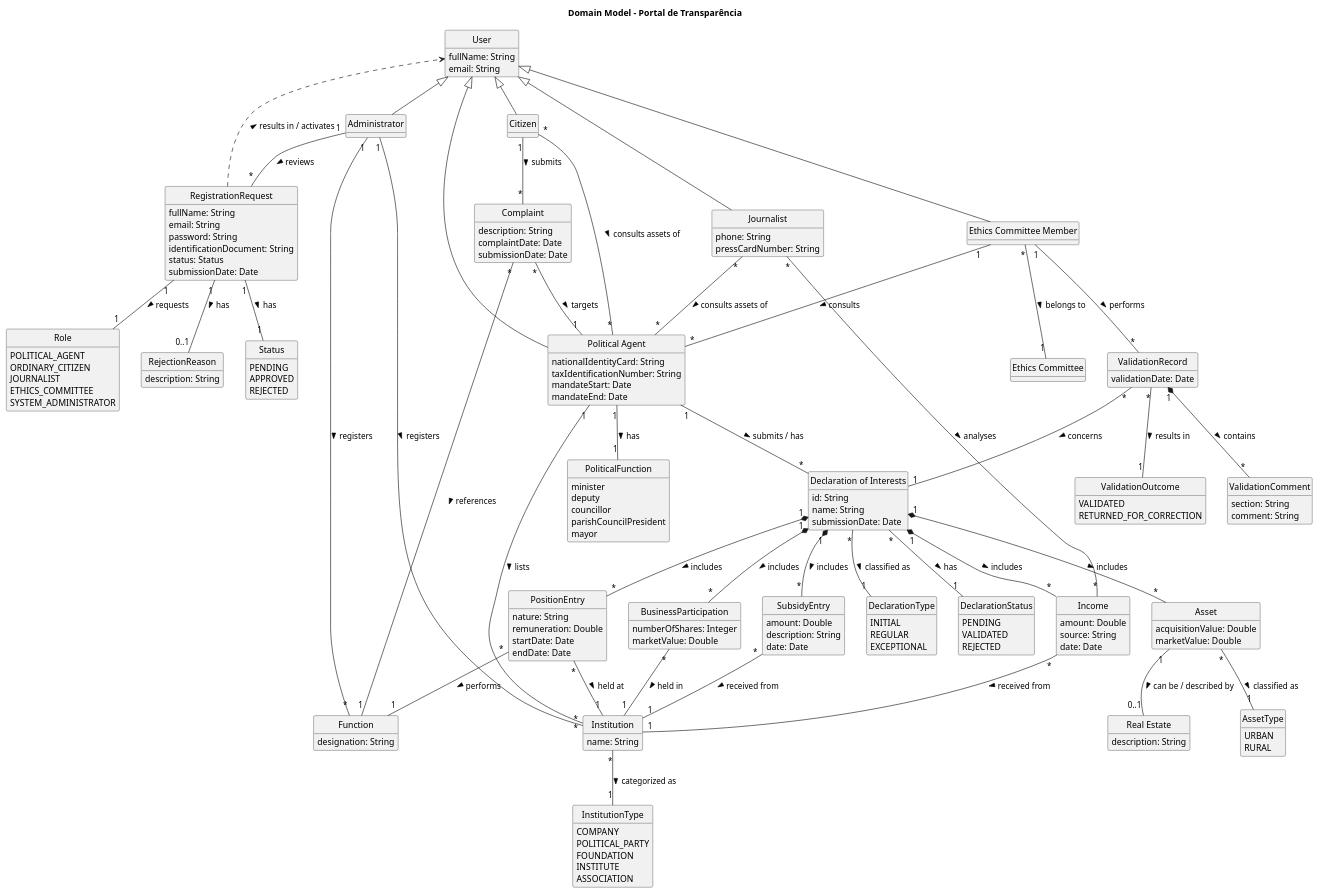
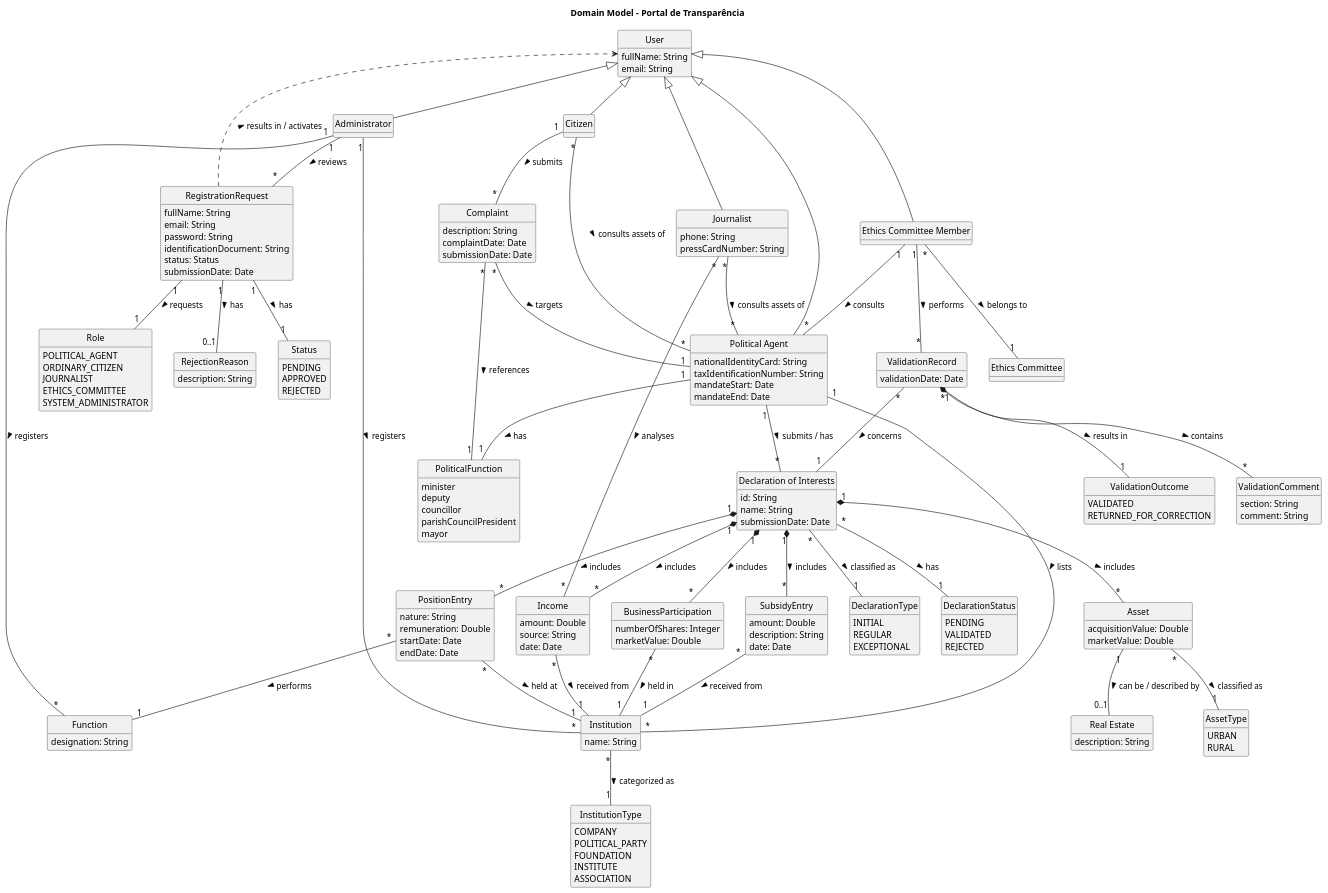
Before and after one commit to brunodspinto/crystal-clear-platform: the diagram in docs/system-documentation/global-artifacts/02.analysis/puml/DM.puml, drawn with PlantUML.

Commit message:
Review and update global domain model

```diff
--- a/docs/system-documentation/global-artifacts/02.analysis/puml/DM.puml
+++ b/docs/system-documentation/global-artifacts/02.analysis/puml/DM.puml
@@ -219,6 +219,6 @@
 
 Citizen "1" -- "*" Complaint : submits >
 Complaint "*" -- "1" PoliticalAgent : targets >
-Complaint "*" -- "1" Function : references >
+Complaint "*" -- "1" PoliticalFunction : references >
 
 @enduml
```
